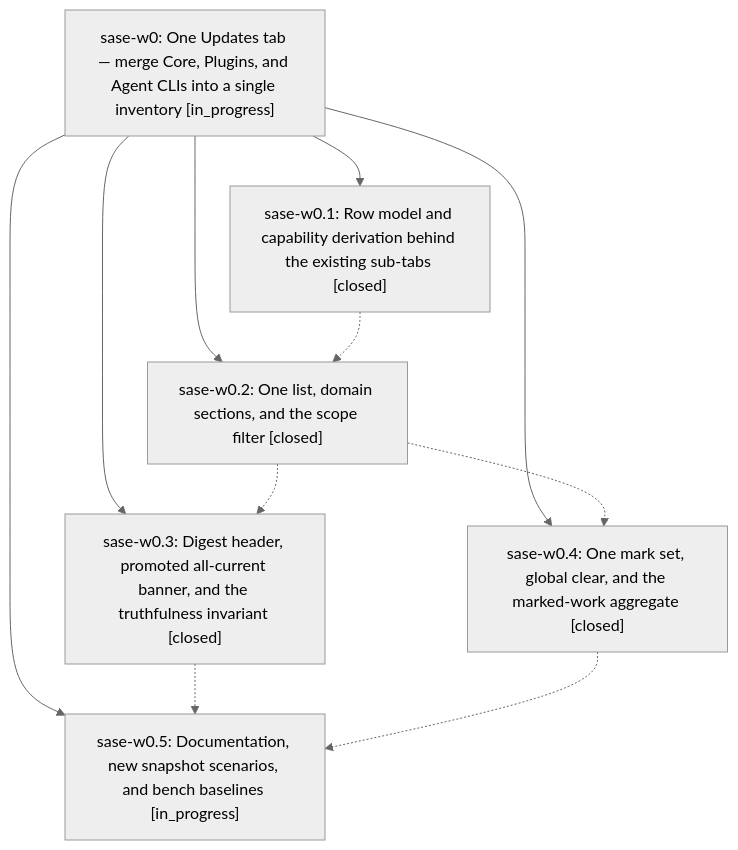
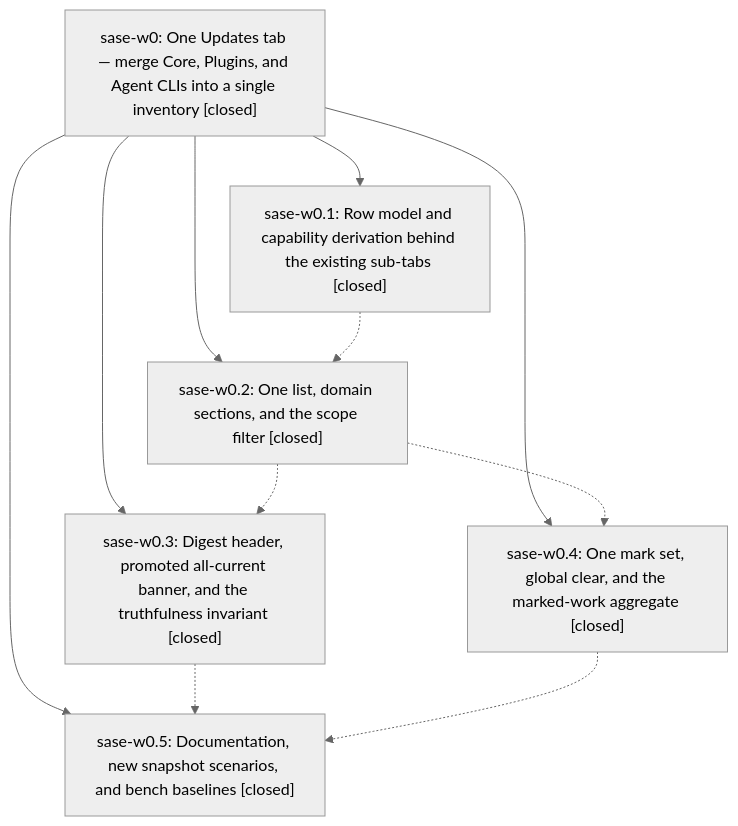
Before and after one commit to sase-org/sase--beads: the diagram in pages/sase-w0/README.md, drawn with Mermaid (neutral theme). The commit also changed other lines of this file and 3 other files, not shown here.

````diff
--- a/pages/sase-w0/README.md
+++ b/pages/sase-w0/README.md
@@ -38,19 +48,19 @@
 ```mermaid
 flowchart TD
-    n0["sase-w0: One Updates tab — merge Core, Plugins, and Agent CLIs into a single inventory [in_progress]"]
+    n0["sase-w0: One Updates tab — merge Core, Plugins, and Agent CLIs into a single inventory [closed]"]
     n1["sase-w0.1: Row model and capability derivation behind the existing sub-tabs [closed]"]
     n2["sase-w0.2: One list, domain sections, and the scope filter [closed]"]
     n3["sase-w0.3: Digest header, promoted all-current banner, and the truthfulness invariant [closed]"]
     n4["sase-w0.4: One mark set, global clear, and the marked-work aggregate [closed]"]
-    n5["sase-w0.5: Documentation, new snapshot scenarios, and bench baselines [in_progress]"]
+    n5["sase-w0.5: Documentation, new snapshot scenarios, and bench baselines [closed]"]
     n0 --> n1
     n0 --> n2
     n0 --> n3
     n0 --> n4
     n0 --> n5
     n1 -.-> n2
     n2 -.-> n3
     n2 -.-> n4
     n3 -.-> n5
     n4 -.-> n5
 ```
````
